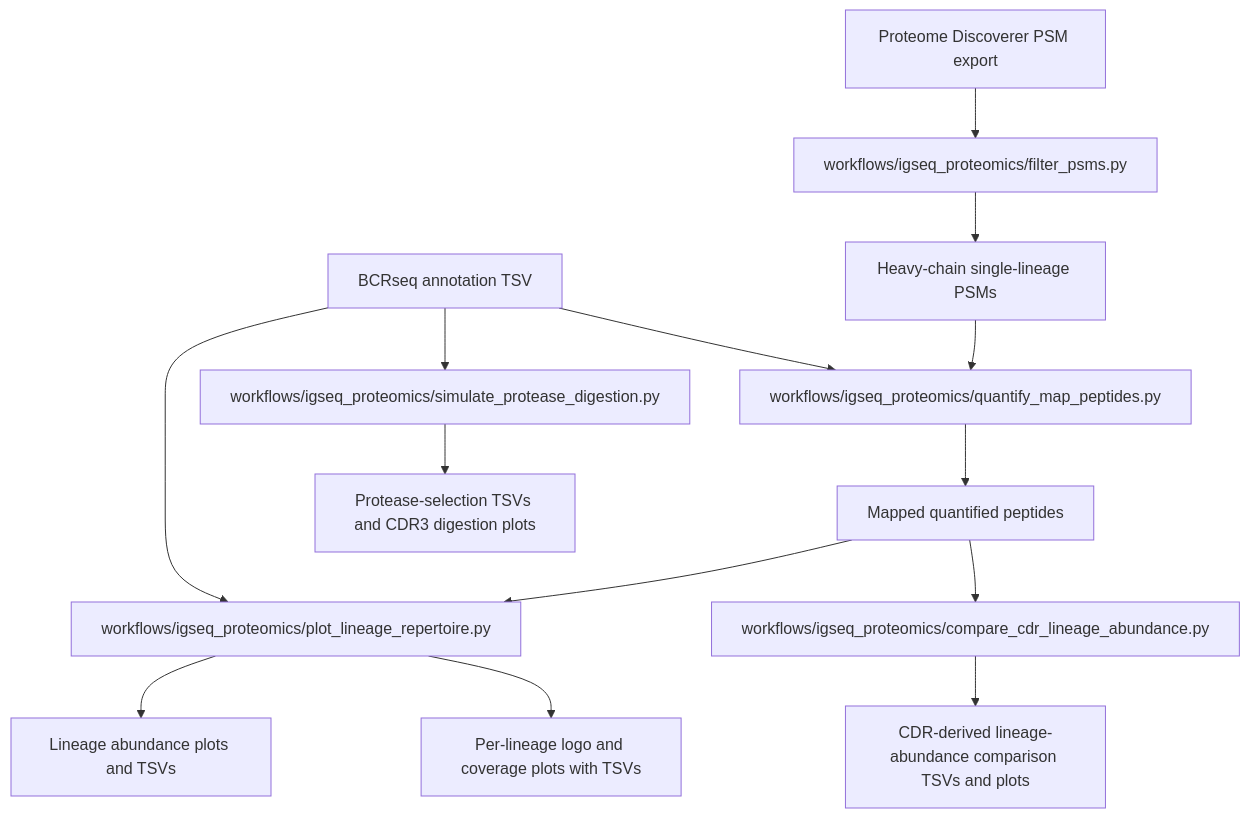
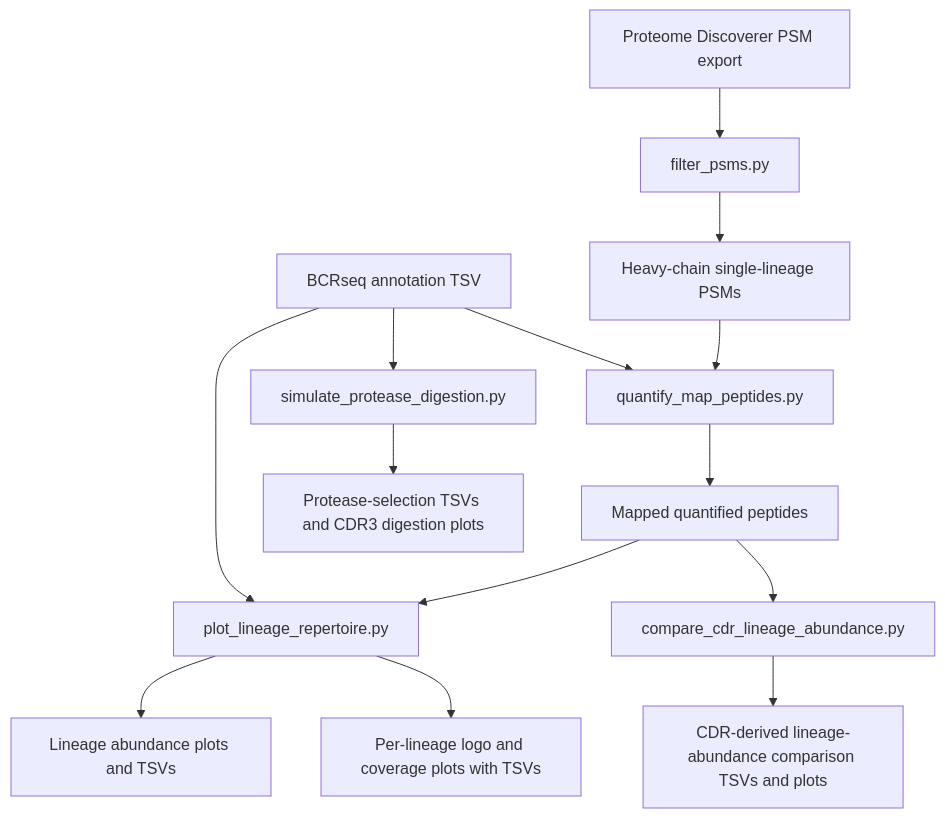
Before and after one commit to LukeHebert/bcrseq_igseq: the second of 2 diagrams in README.md, drawn with Mermaid.

Commit message:
Simplify file paths in README igseq flowchart

````diff
--- a/README.md
+++ b/README.md
@@ -69,16 +69,16 @@
 ```mermaid
 flowchart TD
-    A[Proteome Discoverer PSM export] --> B[workflows/igseq_proteomics/filter_psms.py]
+    A[Proteome Discoverer PSM export] --> B[filter_psms.py]
     B --> C[Heavy-chain single-lineage PSMs]
-    C --> D[workflows/igseq_proteomics/quantify_map_peptides.py]
+    C --> D[quantify_map_peptides.py]
     E[BCRseq annotation TSV] --> D
     D --> F[Mapped quantified peptides]
-    F --> G[workflows/igseq_proteomics/plot_lineage_repertoire.py]
-    F --> J[workflows/igseq_proteomics/compare_cdr_lineage_abundance.py]
+    F --> G[plot_lineage_repertoire.py]
+    F --> J[compare_cdr_lineage_abundance.py]
     E --> G
     G --> H[Lineage abundance plots and TSVs]
     G --> I[Per-lineage logo and coverage plots with TSVs]
     J --> K[CDR-derived lineage-abundance comparison TSVs and plots]
-    E --> L[workflows/igseq_proteomics/simulate_protease_digestion.py]
+    E --> L[simulate_protease_digestion.py]
     L --> M[Protease-selection TSVs and CDR3 digestion plots]
 ```
````
